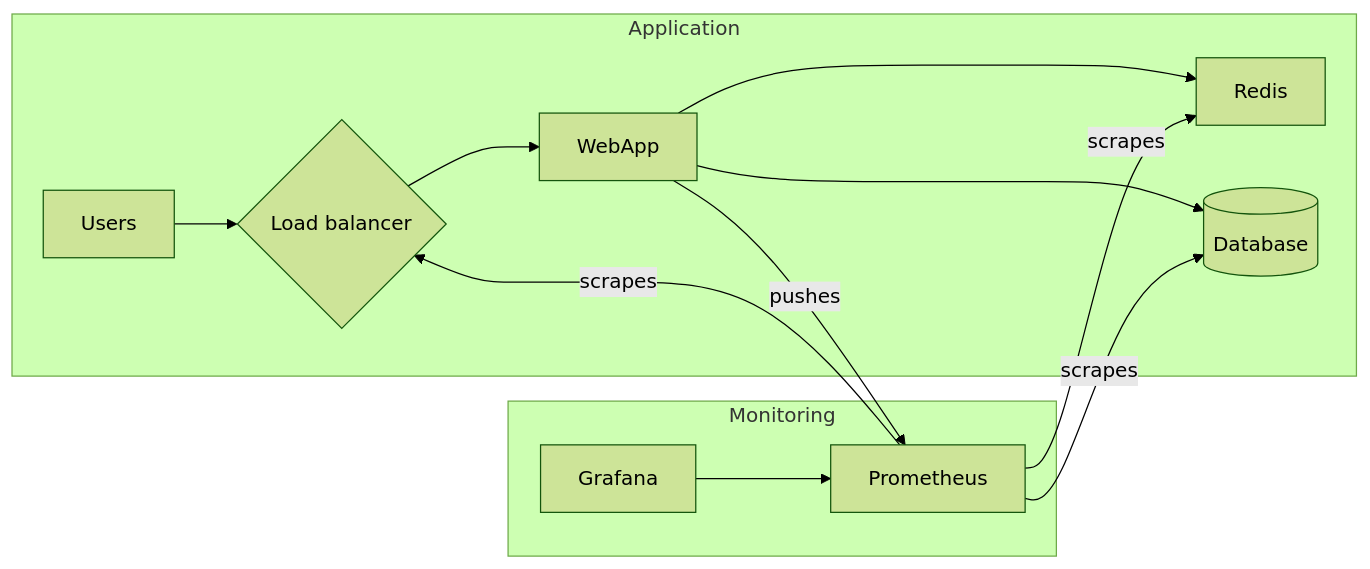
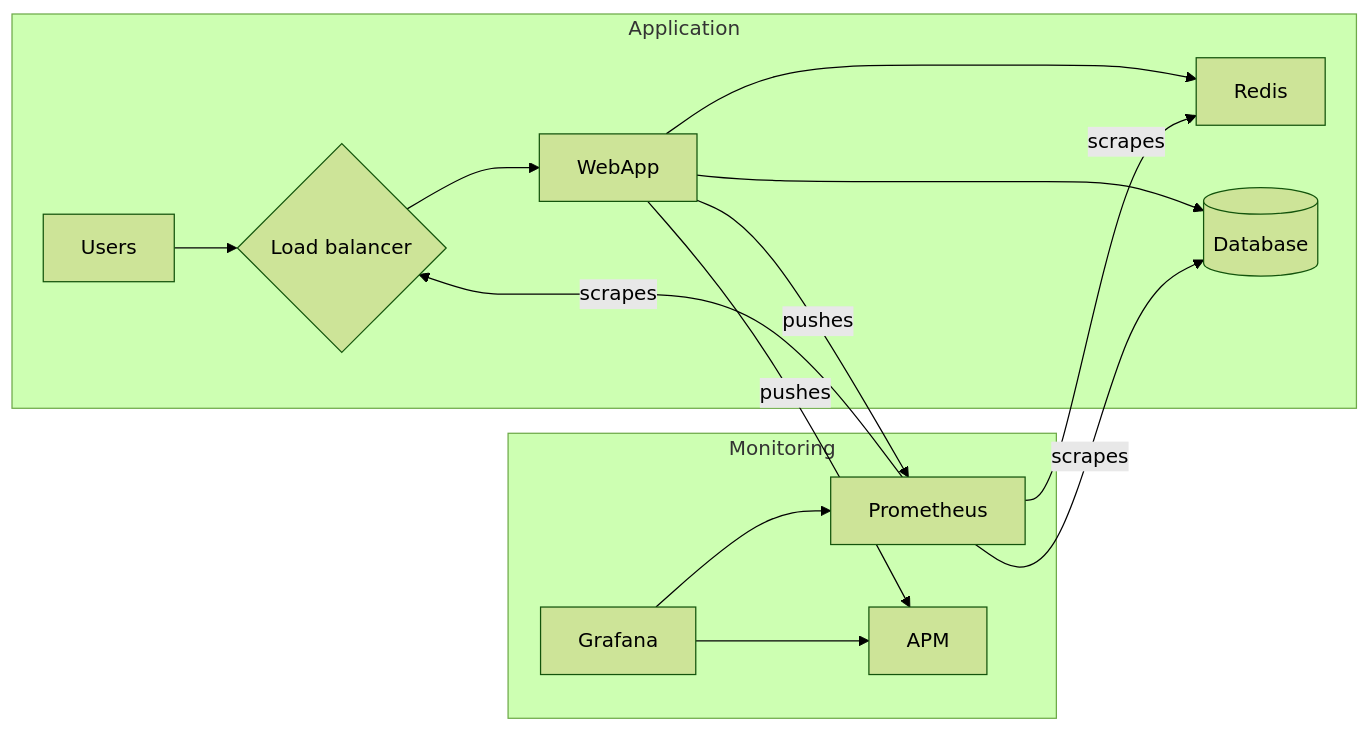
One commit to jagretti/practical-test changed the diagram in README.md. Above: the diagram before and after it, drawn with Mermaid (forest theme).

Commit message:
Adding APM solution to diagram

````diff
--- a/README.md
+++ b/README.md
@@ -32,19 +32,22 @@
 ```mermaid
 graph LR
     subgraph Application
         LB{Load balancer}
         Users --> LB
         LB --> WA[WebApp]
         WA --> R[Redis]
         WA --> DB[(Database)]
     end
     subgraph Monitoring
         P[Prometheus]
         G[Grafana]
+        APM[APM]
         P --scrapes--> LB
         P --scrapes--> R
         P --scrapes--> DB
+        WA -- pushes --> APM
         WA -- pushes --> P
         G --> P
+        G --> APM
     end
 ```
````
